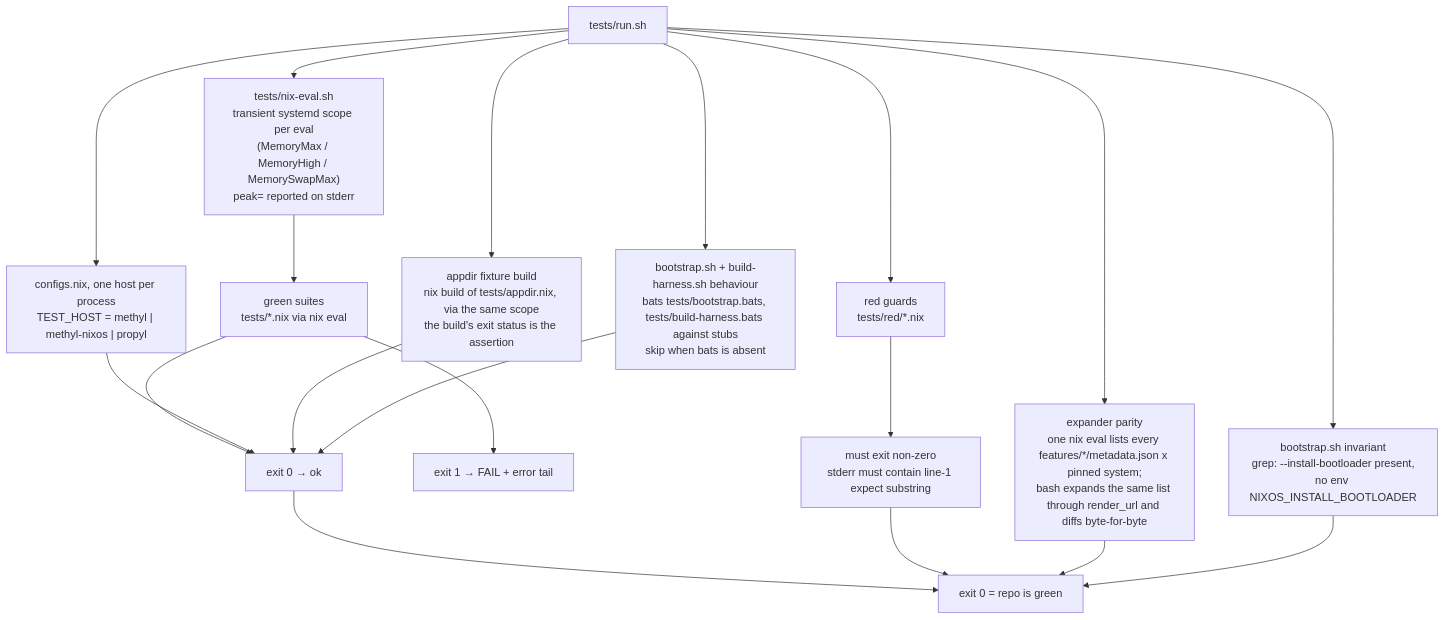
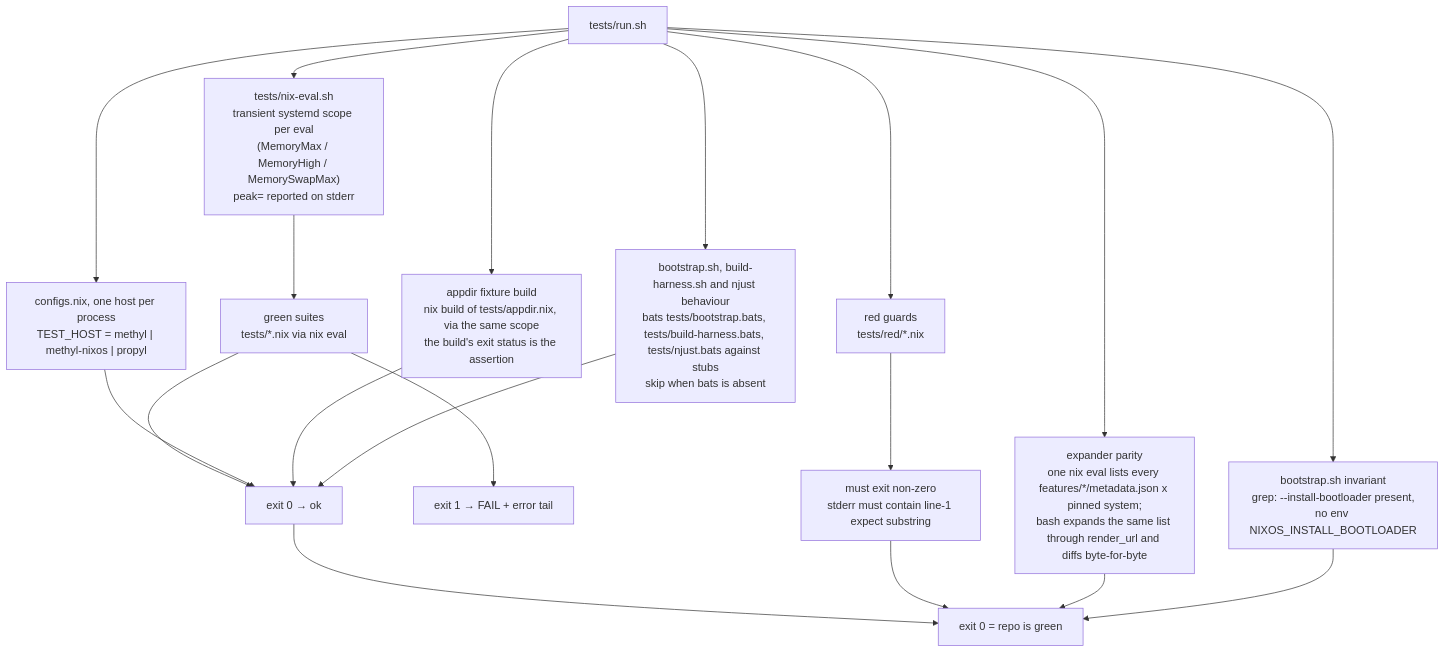
Before and after one commit to WombatFromHell/automatic-palm-tree: the first of 5 diagrams in TEST_DESIGN.md, drawn with Mermaid. The commit also changed other lines of this file and 12 other files, not shown here.

````diff
--- a/TEST_DESIGN.md
+++ b/TEST_DESIGN.md
@@ -11,21 +11,21 @@
 ```mermaid
 flowchart TD
   R["tests/run.sh"] --> N["tests/nix-eval.sh<br/>transient systemd scope per eval<br/>(MemoryMax / MemoryHigh / MemorySwapMax)<br/>peak= reported on stderr"]
   N --> G["green suites<br/>tests/*.nix via nix eval"]
   G --> G1["exit 0 → ok"]
   G --> G2["exit 1 → FAIL + error tail"]
   R --> C["configs.nix, one host per process<br/>TEST_HOST = methyl | methyl-nixos | propyl"]
   C --> G1
   R --> D["red guards<br/>tests/red/*.nix"]
   D --> D1["must exit non-zero<br/>stderr must contain line-1 expect substring"]
   R --> P["expander parity<br/>one nix eval lists every features/*/metadata.json x pinned system;<br/>bash expands the same list through render_url and diffs byte-for-byte"]
   R --> B["bootstrap.sh invariant<br/>grep: --install-bootloader present,<br/>no env NIXOS_INSTALL_BOOTLOADER"]
   R --> A["appdir fixture build<br/>nix build of tests/appdir.nix, via the same scope<br/>the build's exit status is the assertion"]
   A --> G1
-  R --> I["bootstrap.sh + build-harness.sh behaviour<br/>bats tests/bootstrap.bats, tests/build-harness.bats against stubs<br/>skip when bats is absent"]
+  R --> I["bootstrap.sh, build-harness.sh and njust behaviour<br/>bats tests/bootstrap.bats, tests/build-harness.bats, tests/njust.bats against stubs<br/>skip when bats is absent"]
   I --> G1
   G1 --> X["exit 0 = repo is green"]
   D1 --> X
   P --> X
   B --> X
 ```
````
